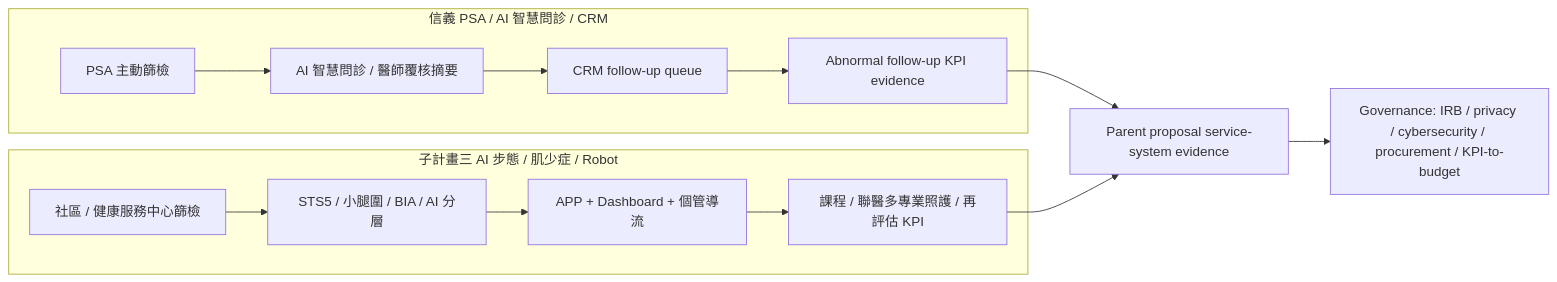
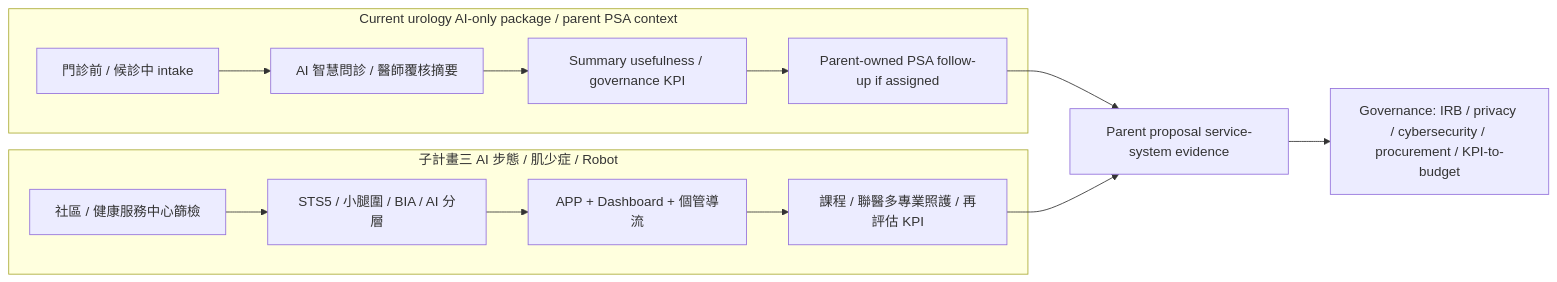
One commit to JasonLn0711/urology-ai-previsit-thinking-spec changed the second of 2 diagrams in subprojects/subproject-3-wu-chiang-sarcopenia-ai-robot/meeting-analysis-2026-06-11.md. Above: the diagram before and after it, drawn with Mermaid. The commit also changed other lines of this file and 14 other files, not shown here.

````diff
--- a/subprojects/subproject-3-wu-chiang-sarcopenia-ai-robot/meeting-analysis-2026-06-11.md
+++ b/subprojects/subproject-3-wu-chiang-sarcopenia-ai-robot/meeting-analysis-2026-06-11.md
@@ -179,18 +191,18 @@
 ```mermaid
 flowchart LR
-  subgraph Urology[信義 PSA / AI 智慧問診 / CRM]
-    U1[PSA 主動篩檢] --> U2[AI 智慧問診 / 醫師覆核摘要]
-    U2 --> U3[CRM follow-up queue]
-    U3 --> U4[Abnormal follow-up KPI evidence]
+  subgraph Urology[Current urology AI-only package / parent PSA context]
+    U1[門診前 / 候診中 intake] --> U2[AI 智慧問診 / 醫師覆核摘要]
+    U2 --> U3[Summary usefulness / governance KPI]
+    U3 --> U4[Parent-owned PSA follow-up if assigned]
   end
 
   subgraph Sarcopenia[子計畫三 AI 步態 / 肌少症 / Robot]
     S1[社區 / 健康服務中心篩檢] --> S2[STS5 / 小腿圍 / BIA / AI 分層]
     S2 --> S3[APP + Dashboard + 個管導流]
     S3 --> S4[課程 / 聯醫多專業照護 / 再評估 KPI]
   end
 
   U4 --> P[Parent proposal service-system evidence]
   S4 --> P
   P --> G[Governance: IRB / privacy / cybersecurity / procurement / KPI-to-budget]
 ```
````
